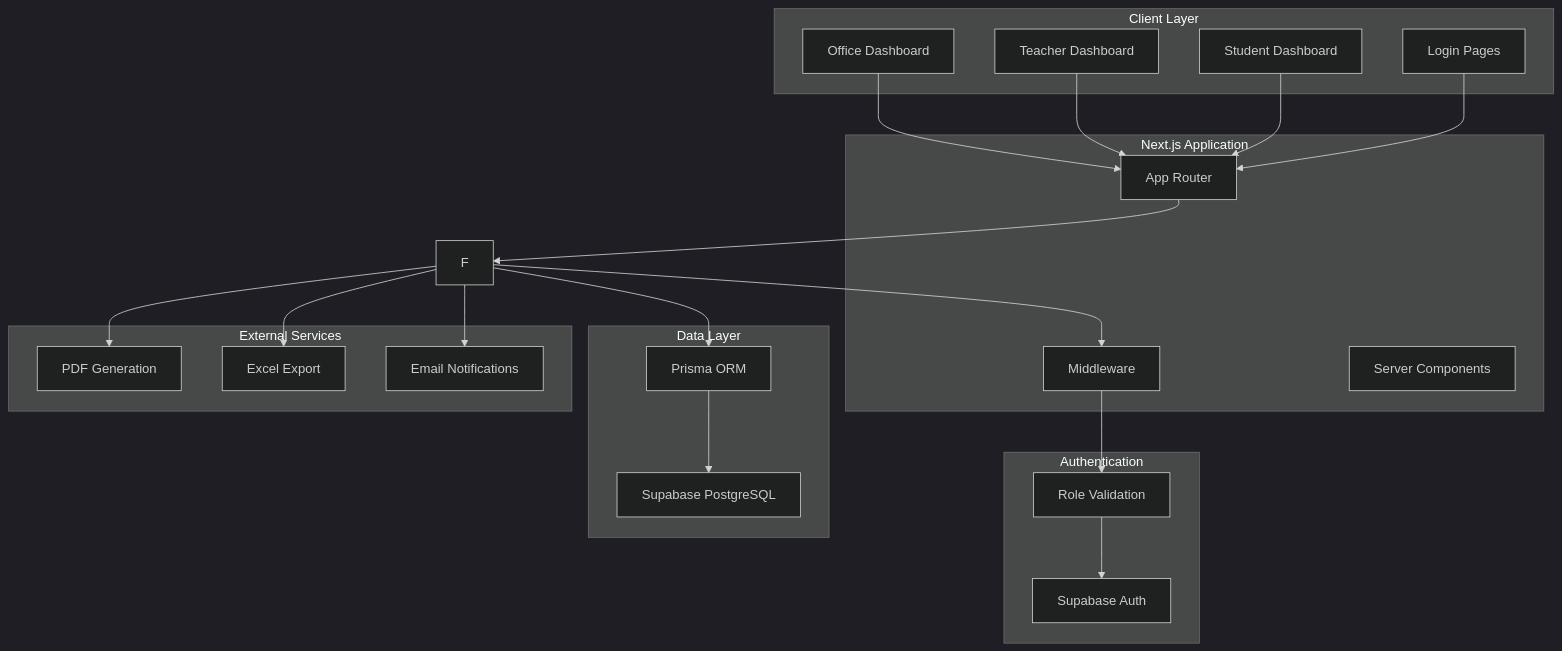
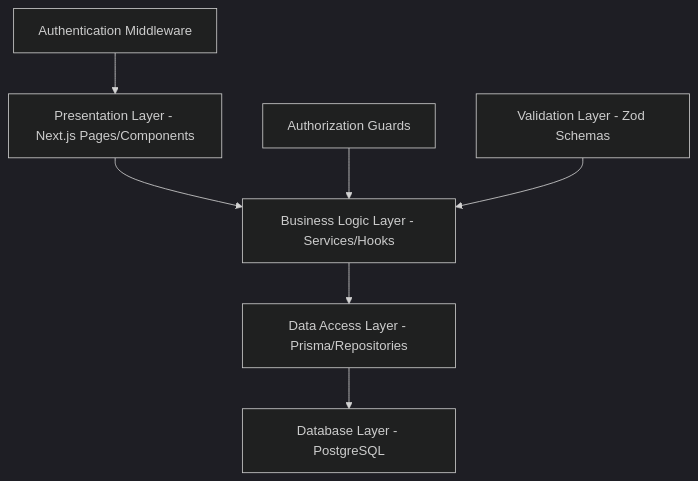
One commit to MasoudAndiwal/Online-Authentication changed the first of 2 diagrams in .kiro/specs/university-attendance-system/design.md. Above: the diagram before and after it, drawn with Mermaid (dark theme). The commit also changed other lines of this file and 17 other files, not shown here.

Commit message:
the login , forgotPassword  is completed , and the dashobard design is start it's not complete but it's good next step is redesign the office dashboard and make the back-ed of the login page

````diff
--- a/.kiro/specs/university-attendance-system/design.md
+++ b/.kiro/specs/university-attendance-system/design.md
@@ -13,45 +78,10 @@
 ```mermaid
 graph TB
-    subgraph "Client Layer"
-        A[Office Dashboard]
-        B[Teacher Dashboard]
-        C[Student Dashboard]
-        D[Login Pages]
-    end
+    A[Presentation Layer - Next.js Pages/Components] --> B[Business Logic Layer - Services/Hooks]
+    B --> C[Data Access Layer - Prisma/Repositories]
+    C --> D[Database Layer - PostgreSQL]
     
-    subgraph "Next.js Application"
-        E[App Router]
-        G[Middleware]
-        H[Server Components]
-    end
-    
-    subgraph "Authentication"
-        I[Supabase Auth]
-        J[Role Validation]
-    end
-    
-    subgraph "Data Layer"
-        K[Prisma ORM]
-        L[Supabase PostgreSQL]
-    end
-    
-    subgraph "External Services"
-        M[PDF Generation]
-        N[Excel Export]
-        O[Email Notifications]
-    end
-    
-    A --> E
-    B --> E
-    C --> E
-    D --> E
-    E --> F
-    F --> G
-    G --> J
-    J --> I
-    F --> K
-    K --> L
-    F --> M
-    F --> N
-    F --> O
+    E[Authentication Middleware] --> A
+    F[Authorization Guards] --> B
+    G[Validation Layer - Zod Schemas] --> B
 ```
````
